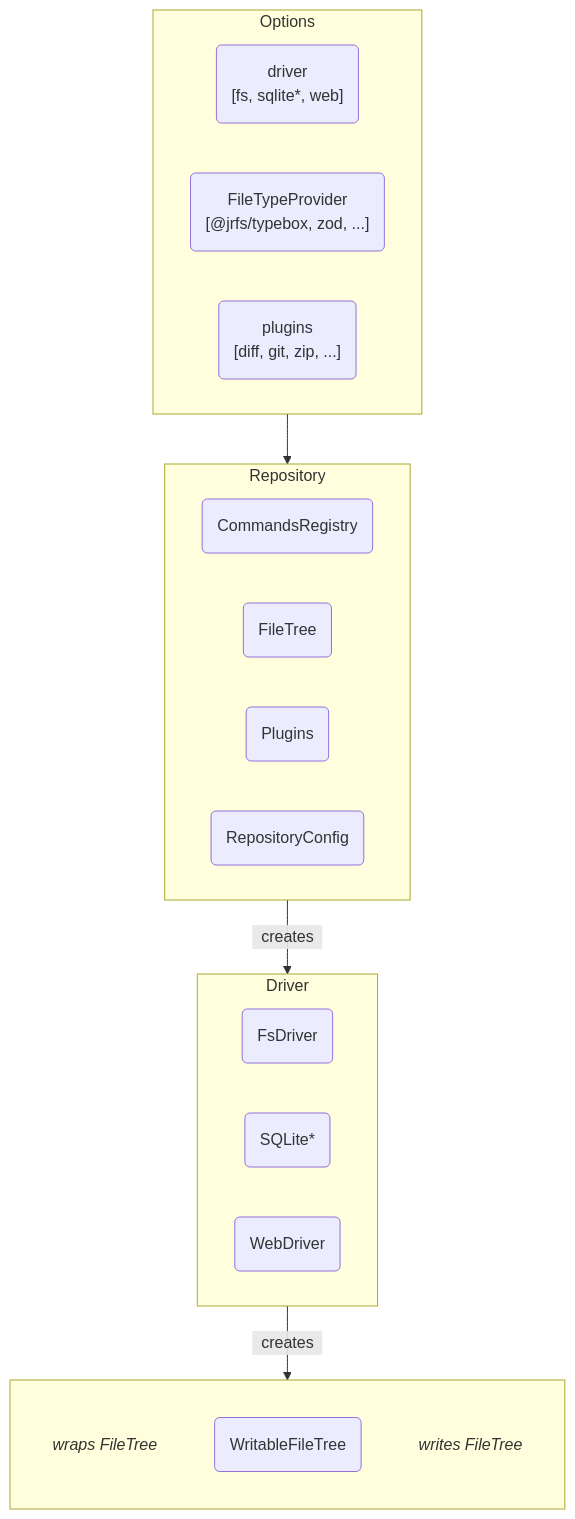
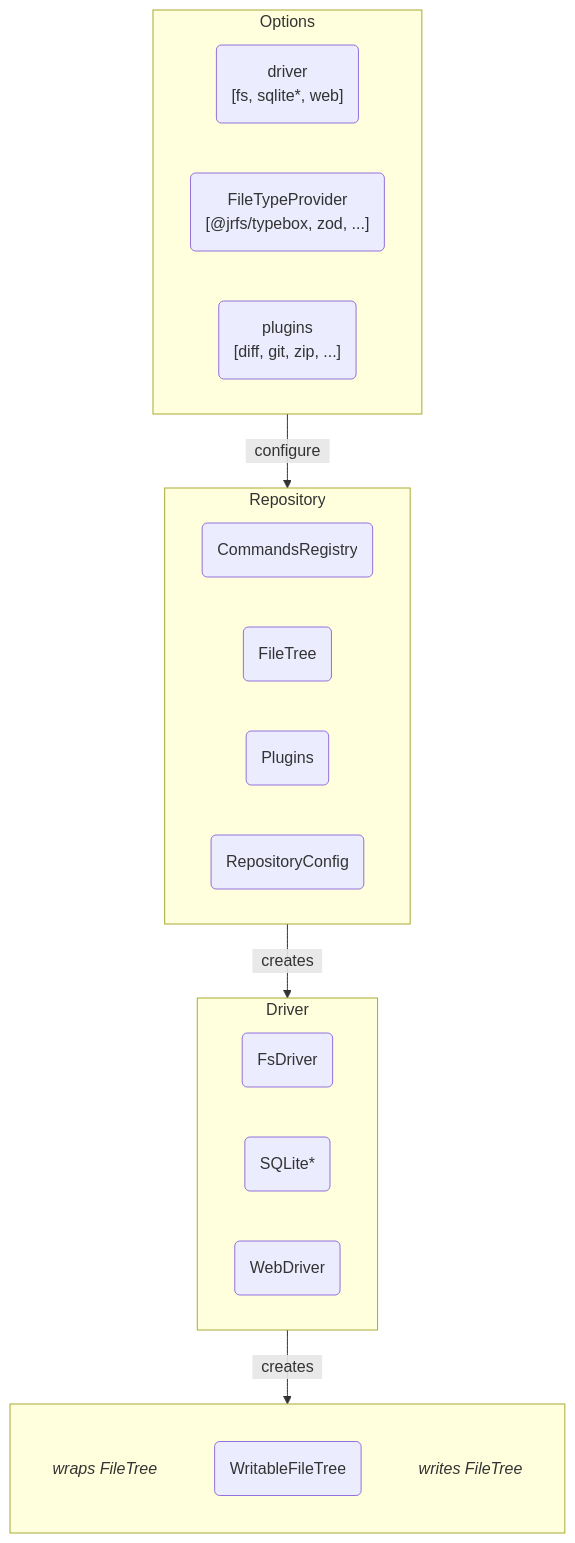
Before and after one commit to jrfso/jrfs: the diagram in README.md, drawn with Mermaid.

````diff
--- a/README.md
+++ b/README.md
@@ -346,31 +346,31 @@
 ```mermaid
 flowchart TD;
   subgraph Opt ["Options"]
     RO1("driver
         [fs, sqlite*, web]");
     RO2("FileTypeProvider
         [@jrfs/typebox, zod, ...]");
     RO3("plugins
         [diff, git, zip, ...]");
   end
   subgraph Repo ["Repository"]
     CmdReg("CommandsRegistry");
     FT("FileTree");
     PI("Plugins");
     RCfg("RepositoryConfig");
   end
   subgraph DR ["Driver"]
     FSD("FsDriver");
     SQL("SQLite*");
     WBD("WebDriver");
   end
   subgraph DRC [" "]
     direction TB;
     DRC1@{ shape: text, label: "*wraps FileTree*" }
     WFT("WritableFileTree");
     DRC2@{ shape: text, label: "*writes FileTree*" }
   end
-  Opt --> Repo;
+  Opt --> |"&nbsp; configure &nbsp;"| Repo;
   Repo --> |"&nbsp; creates &nbsp;"| DR;
   DR --> |"&nbsp; creates &nbsp;"| DRC;
 ```
````
